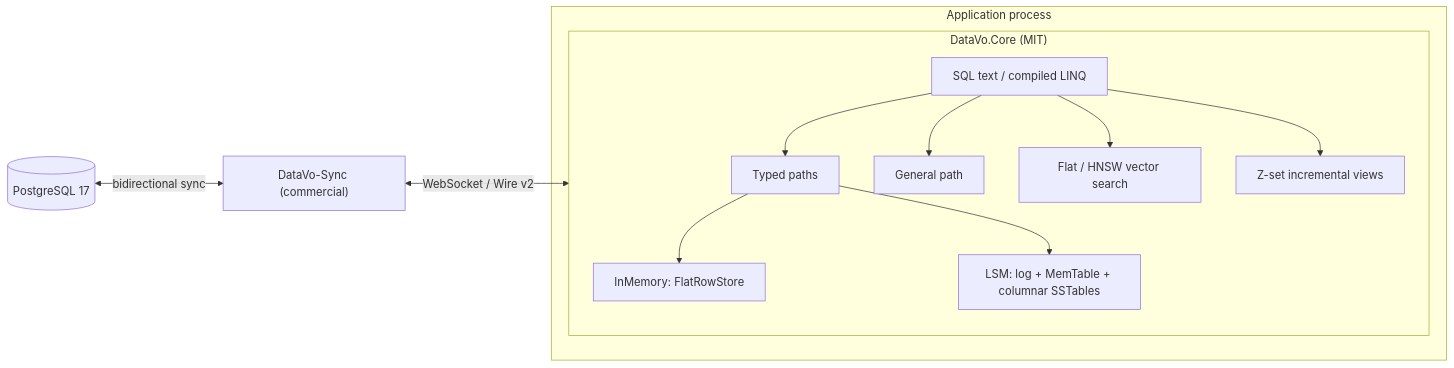
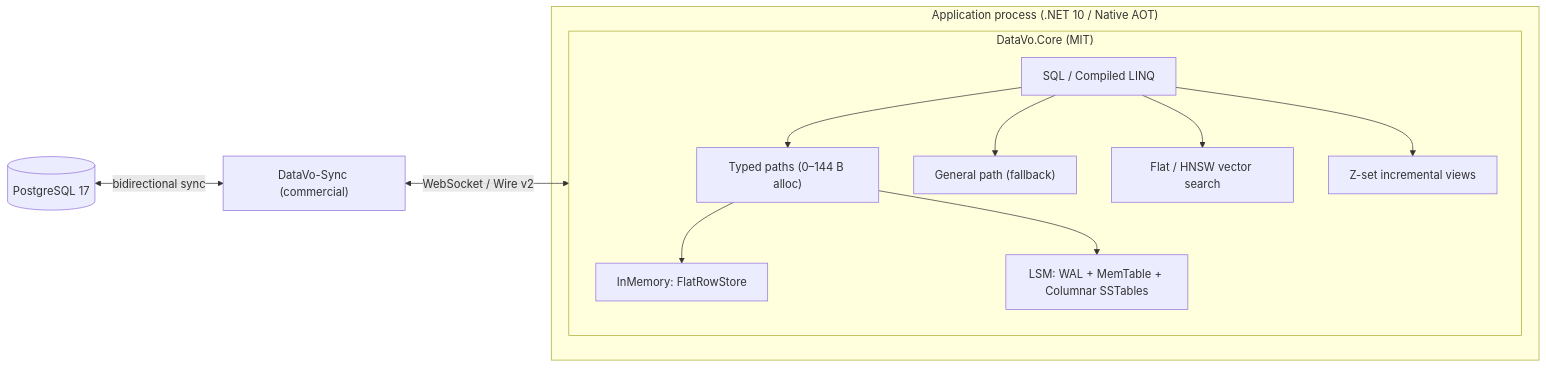
The first of 3 diagrams in docs/blog/part-1-where-it-wins-and-where-it-loses.md (ArintonAkos/DataVo-DBMS), drawn with Mermaid before and after one commit. The commit also changed other lines of this file and 2 other files, not shown here.

Commit message:
docs(blog): rewrite Part 1 with concrete use cases, IVM chart, and adoption CTA

````diff
--- a/docs/blog/part-1-where-it-wins-and-where-it-loses.md
+++ b/docs/blog/part-1-where-it-wins-and-where-it-loses.md
@@ -47,16 +44,16 @@
 ```mermaid
 flowchart LR
   PG[("PostgreSQL 17")] <-->|"bidirectional sync"| SYNC["DataVo-Sync (commercial)"]
   SYNC <-->|"WebSocket / Wire v2"| CORE
 
-  subgraph APP["Application process"]
+  subgraph APP["Application process (.NET 10 / Native AOT)"]
     subgraph CORE["DataVo.Core (MIT)"]
-      SQL["SQL text / compiled LINQ"] --> TYPED["Typed paths"]
-      SQL --> GEN["General path"]
+      SQL["SQL / Compiled LINQ"] --> TYPED["Typed paths (0–144 B alloc)"]
+      SQL --> GEN["General path (fallback)"]
       TYPED --> MEM["InMemory: FlatRowStore"]
-      TYPED --> LSM["LSM: log + MemTable + columnar SSTables"]
+      TYPED --> LSM["LSM: WAL + MemTable + Columnar SSTables"]
       SQL --> VEC["Flat / HNSW vector search"]
       SQL --> IVM["Z-set incremental views"]
     end
   end
 ```
````
